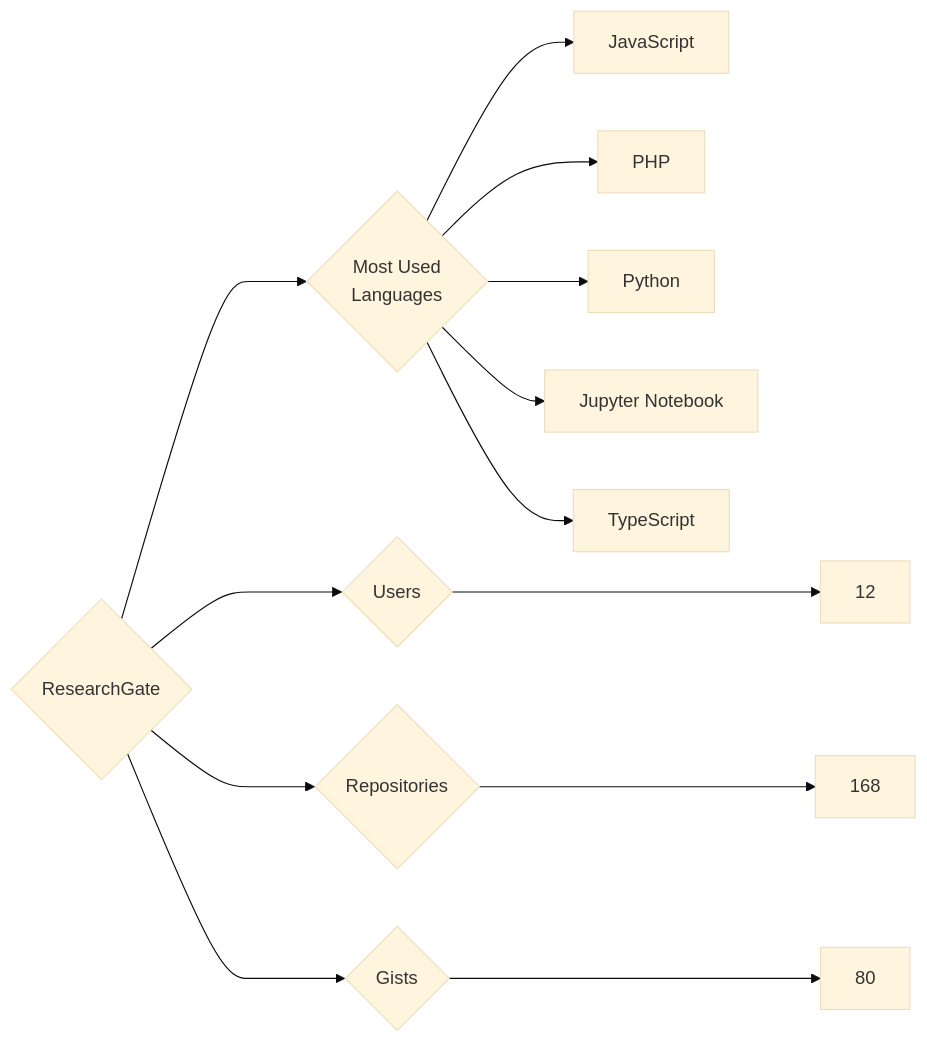
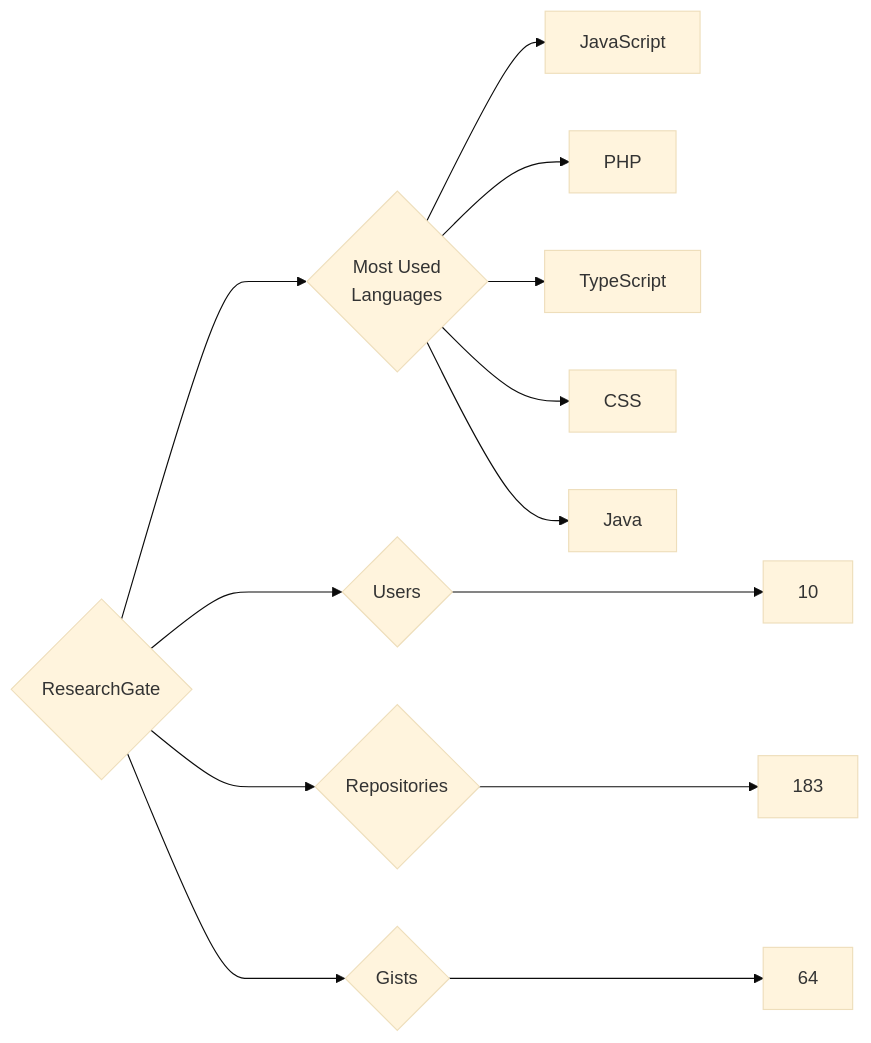
The diagram in targets/ResearchGate/README.md (trickest/insiders), drawn with Mermaid (base theme) before and after one commit. The commit also changed 1484 other files, not shown here.

````diff
--- a/targets/ResearchGate/README.md
+++ b/targets/ResearchGate/README.md
@@ -3,13 +3,13 @@
 ```mermaid
 graph LR
 COMPANY_NAME{ResearchGate}
-COMPANY_NAME ---> U{Users} ---> UN[12]
-COMPANY_NAME ---> R{Repositories} ---> RN[168]
-COMPANY_NAME ---> G{Gists} ---> GN[80]
+COMPANY_NAME ---> U{Users} ---> UN[10]
+COMPANY_NAME ---> R{Repositories} ---> RN[183]
+COMPANY_NAME ---> G{Gists} ---> GN[64]
 COMPANY_NAME ---> ML{Most Used<br>Languages}
 ML --> JavaScript[JavaScript]
 ML --> PHP[PHP]
-ML --> Python[Python]
-ML --> Jupyter_Notebook[Jupyter Notebook]
 ML --> TypeScript[TypeScript]
+ML --> CSS[CSS]
+ML --> Java[Java]
 ```
````
